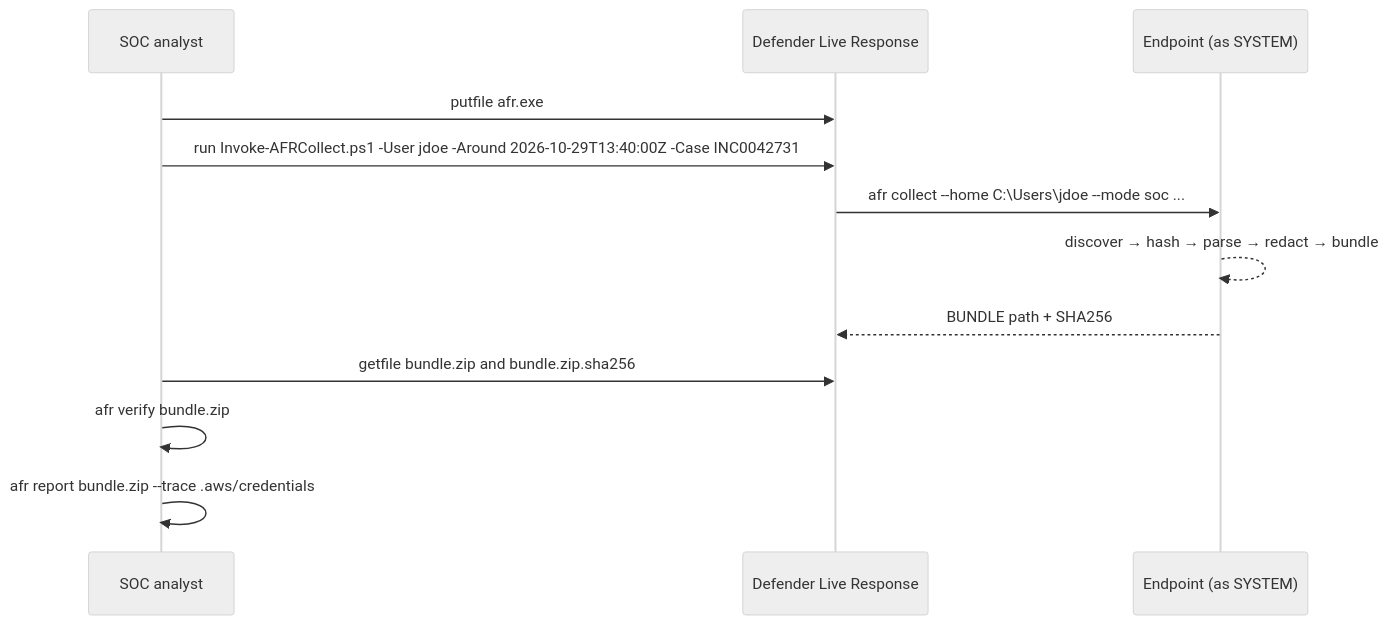
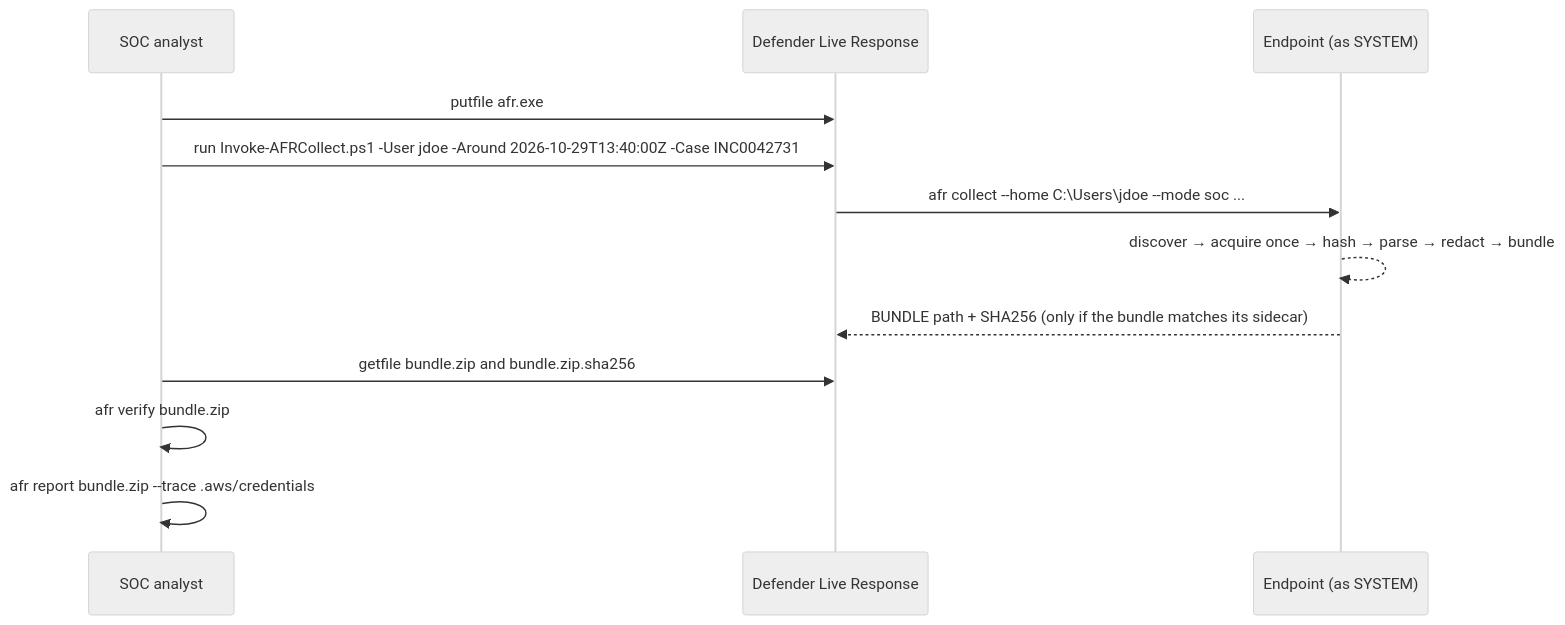
The second of 3 diagrams in README.md (bogdanticu88/agent-flight-recorder), drawn with Mermaid (neutral theme) before and after one commit. The commit also changed other lines of this file and 2 other files, not shown here.

````diff
--- a/README.md
+++ b/README.md
@@ -55,14 +74,14 @@
 ```mermaid
 sequenceDiagram
   participant SOC as SOC analyst
   participant MDE as Defender Live Response
   participant EP as Endpoint (as SYSTEM)
   SOC->>MDE: putfile afr.exe
   SOC->>MDE: run Invoke-AFRCollect.ps1 -User jdoe -Around 2026-10-29T13:40:00Z -Case INC0042731
   MDE->>EP: afr collect --home C:\Users\jdoe --mode soc ...
-  EP-->>EP: discover → hash → parse → redact → bundle
-  EP-->>MDE: BUNDLE path + SHA256
+  EP-->>EP: discover → acquire once → hash → parse → redact → bundle
+  EP-->>MDE: BUNDLE path + SHA256 (only if the bundle matches its sidecar)
   SOC->>MDE: getfile bundle.zip and bundle.zip.sha256
   SOC->>SOC: afr verify bundle.zip
   SOC->>SOC: afr report bundle.zip --trace .aws/credentials
 ```
````
